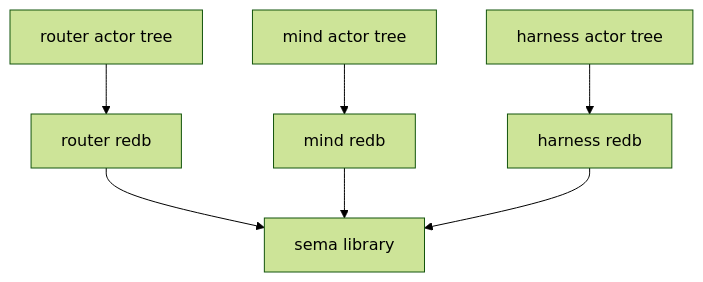
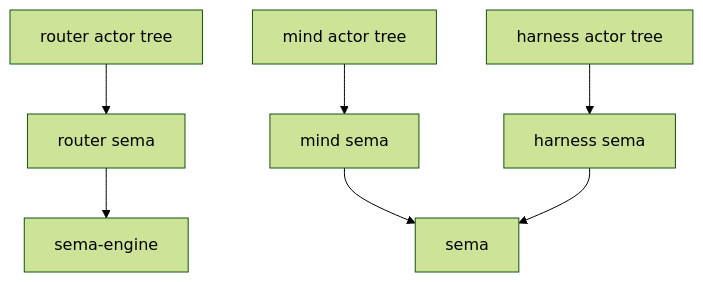
Before and after one commit to LiGoldragon/persona: the eighth of 9 diagrams in ARCHITECTURE.md, drawn with Mermaid (forest theme). The commit also changed other lines of this file and 46 other files, not shown here.

````diff
--- a/ARCHITECTURE.md
+++ b/ARCHITECTURE.md
@@ -1095,9 +1095,9 @@
 ```mermaid
 graph TB
-    router_actor[router actor tree] --> router_db[router redb]
-    mind_actor[mind actor tree] --> mind_db[mind redb]
-    harness_actor[harness actor tree] --> harness_db[harness redb]
-    router_db --> sema[sema library]
+    router_actor[router actor tree] --> router_db[router sema]
+    mind_actor[mind actor tree] --> mind_db[mind sema]
+    harness_actor[harness actor tree] --> harness_db[harness sema]
+    router_db --> sema_engine[sema-engine]
     mind_db --> sema
     harness_db --> sema
 ```
````
